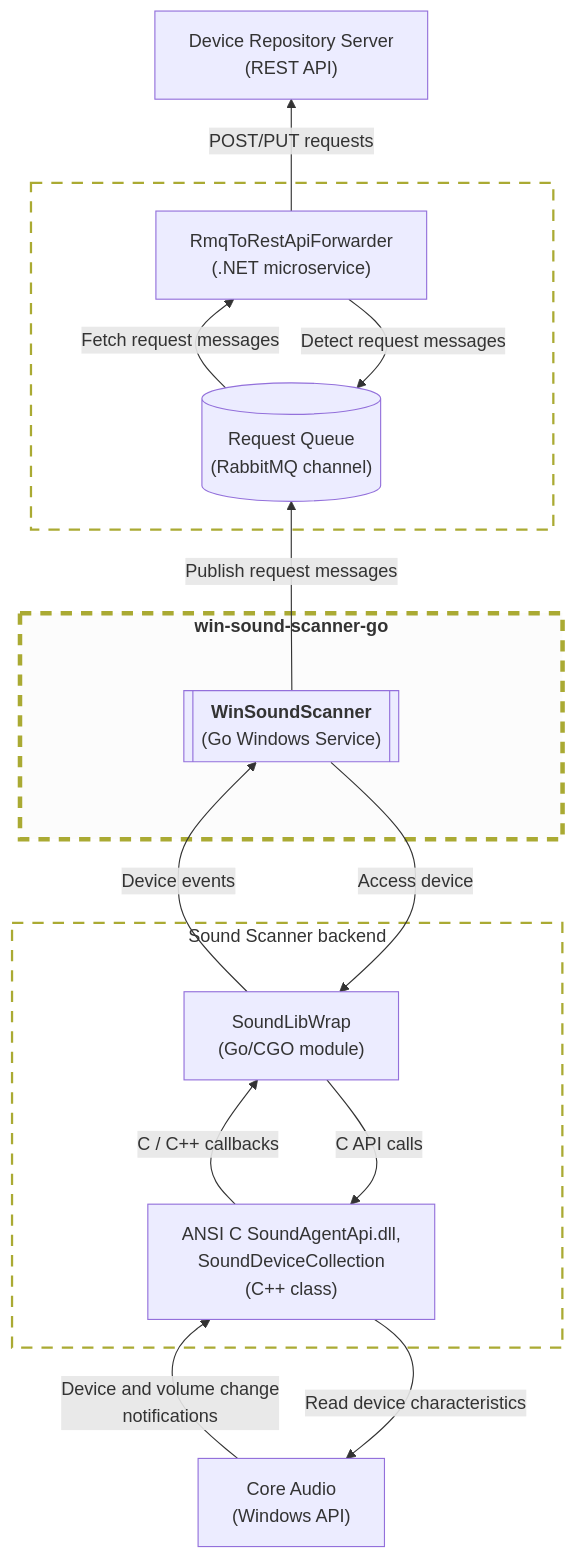
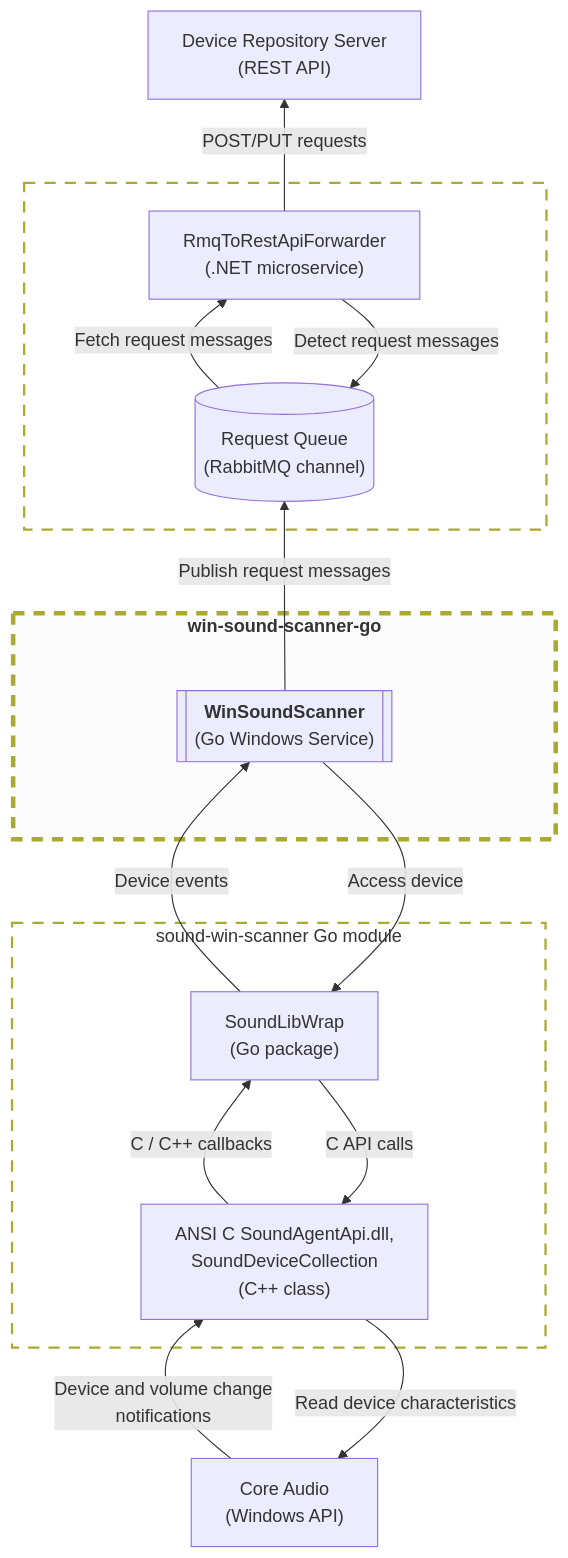
Before and after one commit to collect-sound-devices/win-sound-scanner-go: the diagram in README.md, drawn with Mermaid.

Commit message:
Update README for sound-win-scanner Go module

````diff
--- a/README.md
+++ b/README.md
@@ -9,51 +9,51 @@
 ```mermaid
 flowchart BT
 
 classDef dottedBox fill:transparent, fill-opacity:0.55, stroke-dasharray:10 8, stroke-width:2px;
 classDef stressedBox fill:#f0f0f0, fill-opacity:0.2, stroke-dasharray:10 8, stroke-width:4px;
 classDef invisibleNode fill:transparent, stroke:transparent;
 
 coreAudioApi["Core Audio<br>(Windows API)"]
 
-subgraph scannerBackend["Sound Scanner backend"]
+subgraph scannerBackend["sound-win-scanner Go module"]
     invisible3["<br><br><br><br><br>"]
     class invisible3 invisibleNode
-    goCgoWrapper["SoundLibWrap<br>(Go/CGO module)"]
+    goCgoWrapper["SoundLibWrap<br>(Go package)"]
     soundAgentApiDll["ANSI C SoundAgentApi.dll,<br>SoundDeviceCollection<br>(C++ class)"]
     invisible4["<br><br><br><br><br>"]
     class invisible4 invisibleNode
 end
 class scannerBackend dottedBox
 
 coreAudioApi -->|Device and volume change<br>notifications| soundAgentApiDll
 soundAgentApiDll --> |Read device characteristics| coreAudioApi
 
 subgraph scannerService["<b>win-sound-scanner-go</b>"]
     invisible1["<br><br><br><br><br>"]
     class invisible1 invisibleNode
     winSoundScannerService[["<b>WinSoundScanner</b><br>(Go Windows Service)"]]
     invisible2["<br><br><br><br><br>"]
     class invisible2 invisibleNode
 end
 class scannerService stressedBox
 
 subgraph requestQueueMicroservice["<br>"]
     requestQueue[("Request Queue<br>(RabbitMQ channel)")]
     rabbitMqRestForwarder["RmqToRestApiForwarder<br>(.NET microservice)"]
 end
 class requestQueueMicroservice dottedBox
 
 deviceRepositoryApi["Device Repository Server<br>(REST API)"]
 
 winSoundScannerService --> |Access device| goCgoWrapper
 goCgoWrapper -->|Device events| winSoundScannerService
 
 goCgoWrapper --> |C API calls| soundAgentApiDll
 soundAgentApiDll -->|C / C++ callbacks| goCgoWrapper
 
 winSoundScannerService -->|Publish request messages| requestQueue
 
 requestQueue -->|Fetch request messages| rabbitMqRestForwarder
 rabbitMqRestForwarder --> |Detect request messages| requestQueue
 rabbitMqRestForwarder -->|POST/PUT requests| deviceRepositoryApi
 ```
````
